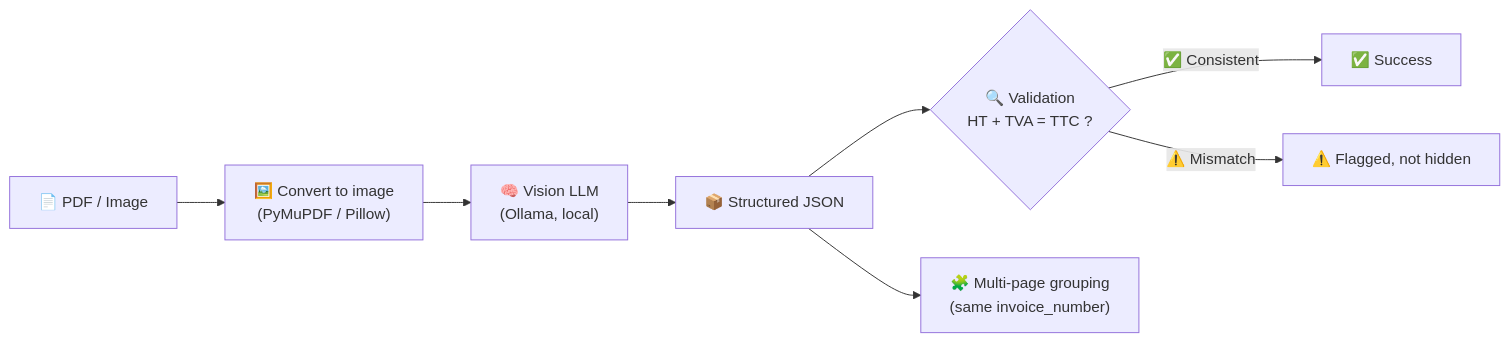
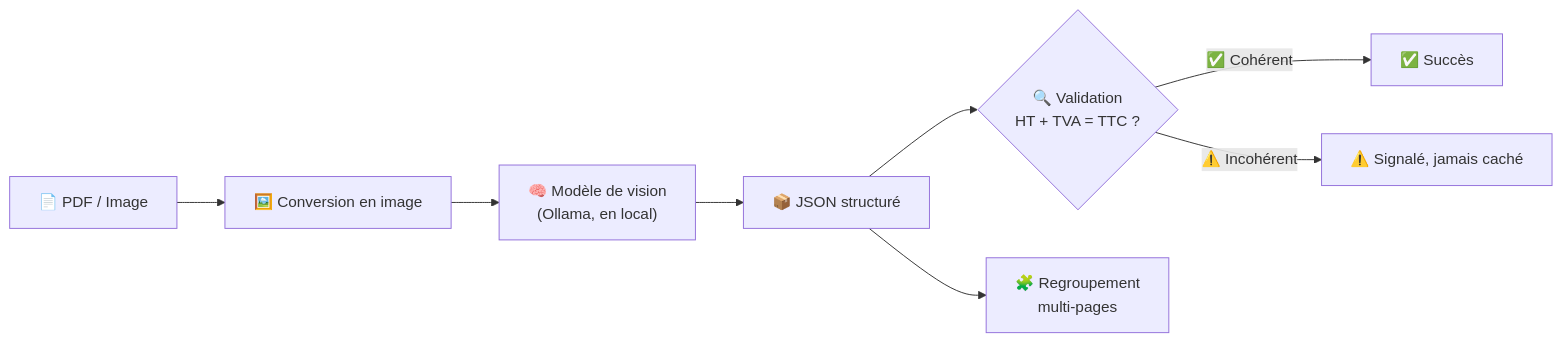
Before and after one commit to Nis011/invoicesOCR: the diagram in README.md, drawn with Mermaid. The commit also changed other lines of this file, not shown here.

````diff
--- a/README.md
+++ b/README.md
@@ -35,10 +43,10 @@
 ```mermaid
 flowchart LR
-    A["📄 PDF / Image"] --> B["🖼️ Convert to image\n(PyMuPDF / Pillow)"]
-    B --> C["🧠 Vision LLM\n(Ollama, local)"]
-    C --> D["📦 Structured JSON"]
+    A["📄 PDF / Image"] --> B["🖼️ Conversion en image"]
+    B --> C["🧠 Modèle de vision\n(Ollama, en local)"]
+    C --> D["📦 JSON structuré"]
     D --> E{"🔍 Validation\nHT + TVA = TTC ?"}
-    E -->|✅ Consistent| F["✅ Success"]
-    E -->|⚠️ Mismatch| G["⚠️ Flagged, not hidden"]
-    D --> H["🧩 Multi-page grouping\n(same invoice_number)"]
+    E -->|✅ Cohérent| F["✅ Succès"]
+    E -->|⚠️ Incohérent| G["⚠️ Signalé, jamais caché"]
+    D --> H["🧩 Regroupement\nmulti-pages"]
 ```
````
